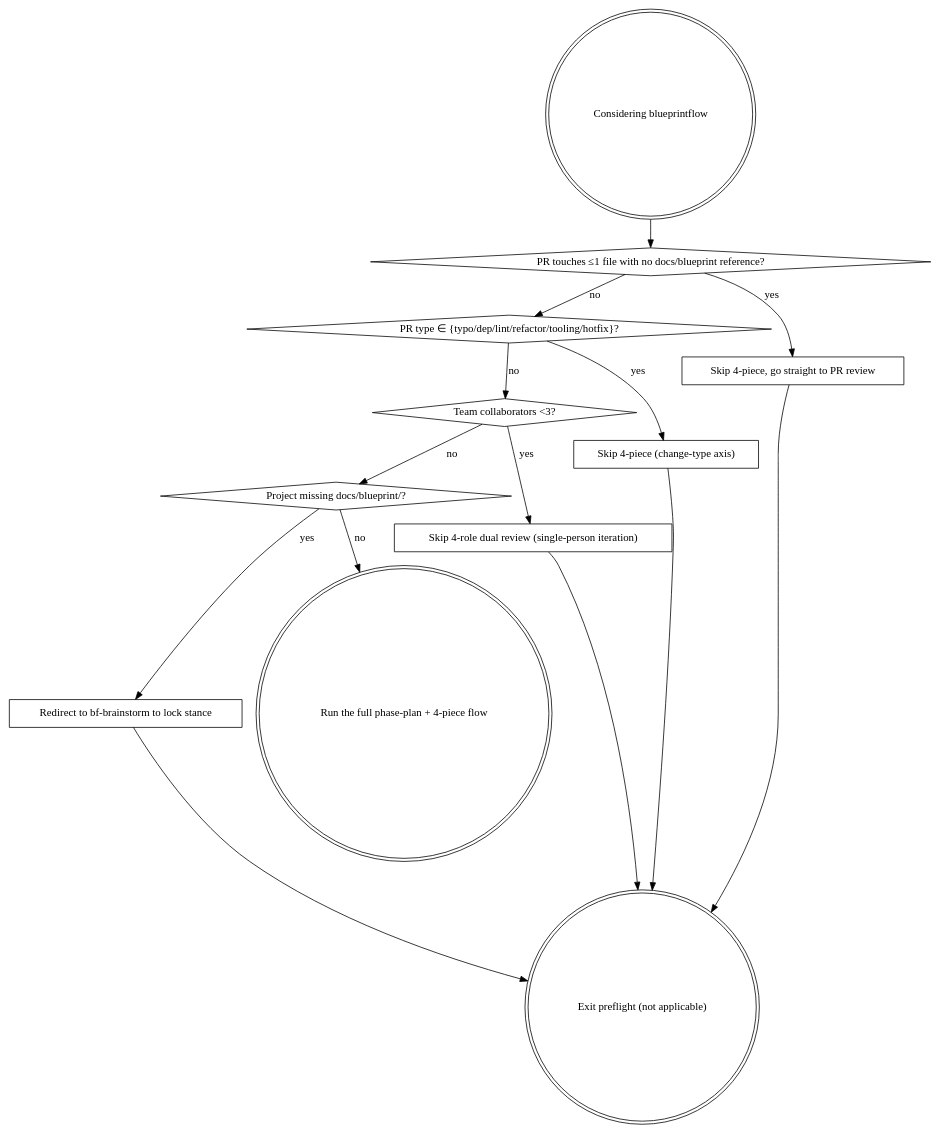
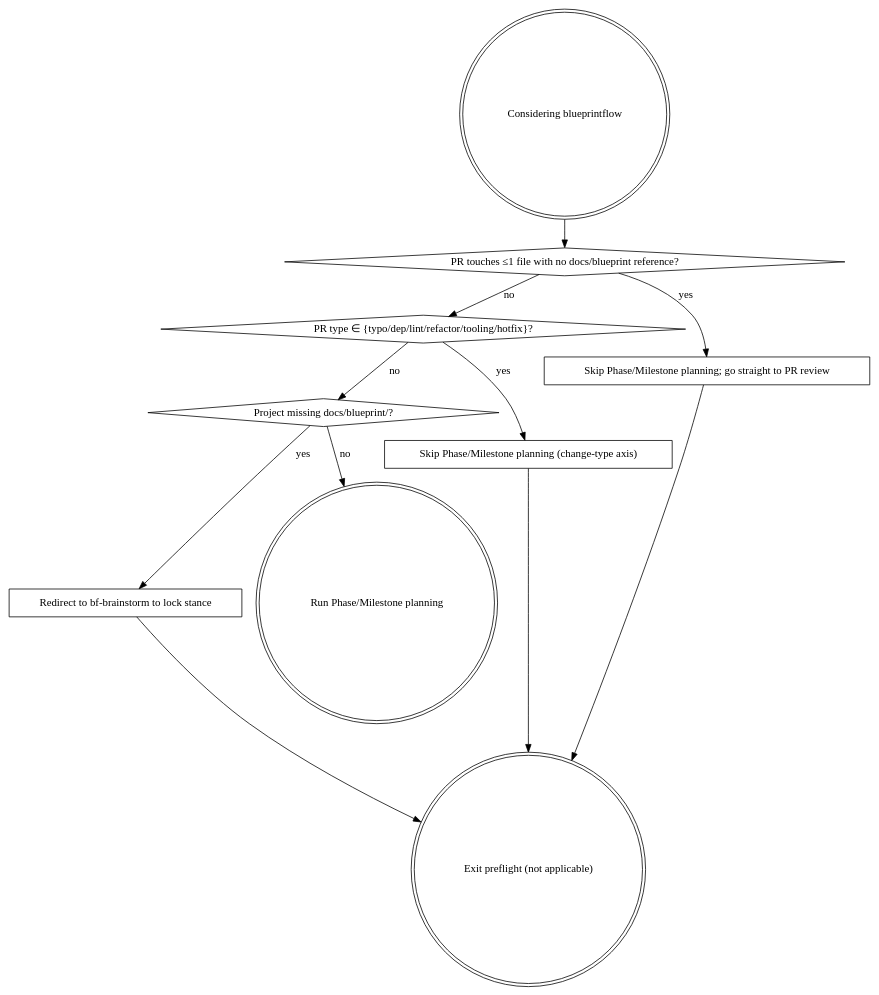
Before and after one commit to codetreker/blueprintflow: the diagram in plugins/blueprintflow/skills/bf-phase-plan/references/preflight.md, drawn with Graphviz. The commit also changed other lines of this file and 33 other files, not shown here.

````diff
--- a/plugins/blueprintflow/skills/bf-phase-plan/references/preflight.md
+++ b/plugins/blueprintflow/skills/bf-phase-plan/references/preflight.md
@@ -5,29 +5,24 @@
 ```dot
 digraph phase_plan_preflight {
     "Considering blueprintflow" [shape=doublecircle];
     "PR touches ≤1 file with no docs/blueprint reference?" [shape=diamond];
     "PR type ∈ {typo/dep/lint/refactor/tooling/hotfix}?" [shape=diamond];
-    "Team collaborators <3?" [shape=diamond];
     "Project missing docs/blueprint/?" [shape=diamond];
-    "Skip 4-piece, go straight to PR review" [shape=box];
-    "Skip 4-piece (change-type axis)" [shape=box];
-    "Skip 4-role dual review (single-person iteration)" [shape=box];
+    "Skip Phase/Milestone planning; go straight to PR review" [shape=box];
+    "Skip Phase/Milestone planning (change-type axis)" [shape=box];
     "Redirect to bf-brainstorm to lock stance" [shape=box];
-    "Run the full phase-plan + 4-piece flow" [shape=doublecircle];
+    "Run Phase/Milestone planning" [shape=doublecircle];
     "Exit preflight (not applicable)" [shape=doublecircle];
 
     "Considering blueprintflow" -> "PR touches ≤1 file with no docs/blueprint reference?";
-    "PR touches ≤1 file with no docs/blueprint reference?" -> "Skip 4-piece, go straight to PR review" [label="yes"];
+    "PR touches ≤1 file with no docs/blueprint reference?" -> "Skip Phase/Milestone planning; go straight to PR review" [label="yes"];
     "PR touches ≤1 file with no docs/blueprint reference?" -> "PR type ∈ {typo/dep/lint/refactor/tooling/hotfix}?" [label="no"];
-    "Skip 4-piece, go straight to PR review" -> "Exit preflight (not applicable)";
-    "PR type ∈ {typo/dep/lint/refactor/tooling/hotfix}?" -> "Skip 4-piece (change-type axis)" [label="yes"];
-    "PR type ∈ {typo/dep/lint/refactor/tooling/hotfix}?" -> "Team collaborators <3?" [label="no"];
-    "Skip 4-piece (change-type axis)" -> "Exit preflight (not applicable)";
-    "Team collaborators <3?" -> "Skip 4-role dual review (single-person iteration)" [label="yes"];
-    "Team collaborators <3?" -> "Project missing docs/blueprint/?" [label="no"];
-    "Skip 4-role dual review (single-person iteration)" -> "Exit preflight (not applicable)";
+    "Skip Phase/Milestone planning; go straight to PR review" -> "Exit preflight (not applicable)";
+    "PR type ∈ {typo/dep/lint/refactor/tooling/hotfix}?" -> "Skip Phase/Milestone planning (change-type axis)" [label="yes"];
+    "PR type ∈ {typo/dep/lint/refactor/tooling/hotfix}?" -> "Project missing docs/blueprint/?" [label="no"];
+    "Skip Phase/Milestone planning (change-type axis)" -> "Exit preflight (not applicable)";
     "Project missing docs/blueprint/?" -> "Redirect to bf-brainstorm to lock stance" [label="yes"];
-    "Project missing docs/blueprint/?" -> "Run the full phase-plan + 4-piece flow" [label="no"];
+    "Project missing docs/blueprint/?" -> "Run Phase/Milestone planning" [label="no"];
     "Redirect to bf-brainstorm to lock stance" -> "Exit preflight (not applicable)";
 }
 ```
````
